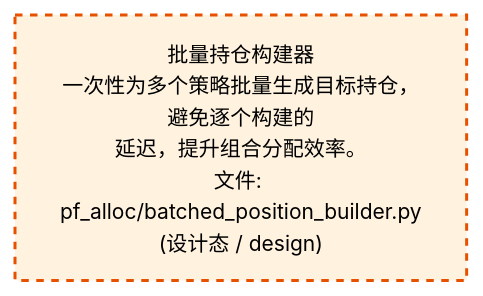
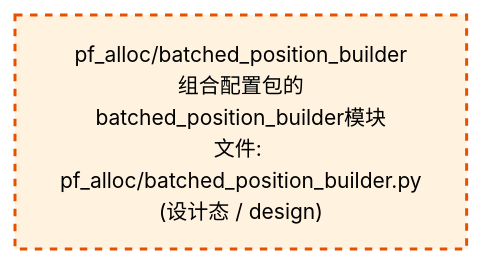
One commit to xuanFelixVan/ZephyrAlpha changed the third of 4 diagrams in docs/02_enterprise_architecture/02_domain_architecture_docs/62_d_pf_alloc.md. Above: the diagram before and after it, drawn with Mermaid. The commit also changed other lines of this file and 58 other files, not shown here.

````diff
--- a/docs/02_enterprise_architecture/02_domain_architecture_docs/62_d_pf_alloc.md
+++ b/docs/02_enterprise_architecture/02_domain_architecture_docs/62_d_pf_alloc.md
@@ -115,10 +115,10 @@
 ```mermaid
 %%{init: {'theme': 'base', 'themeVariables': {'primaryColor': '#eaeaea', 'primaryTextColor': '#333333', 'primaryBorderColor': '#666666', 'lineColor': '#666666', 'secondaryColor': '#eaeaea', 'tertiaryColor': '#eaeaea', 'fontSize': '14px'}}}%%
 flowchart TD
-    src_zephyr_pf_alloc_batched_position_builder_py["批量持仓构建器<br/>一次性为多个策略批量生成目标持仓，避免逐个构建的<br/>延迟，提升组合分配效率。<br/>文件: pf_alloc/batched_position_builder.py<br/>(设计态 / design)"]
+    src_zephyr_pf_alloc_batched_position_builder_py["pf_alloc/batched_position_builder<br/>组合配置包的batched_position_builder模块<br/>文件: pf_alloc/batched_position_builder.py<br/>(设计态 / design)"]
     classDef production fill:#e1f5fe,stroke:#01579b,stroke-width:2px,color:#000
     classDef design fill:#fff3e0,stroke:#e65100,stroke-width:2px,color:#000,stroke-dasharray: 5 5
     classDef external_prod fill:#e8f4fd,stroke:#0277bd,stroke-width:1px,color:#000
     classDef external_design fill:#fff8e7,stroke:#ef6c00,stroke-width:1px,color:#000,stroke-dasharray: 5 5
     class src_zephyr_pf_alloc_batched_position_builder_py design
 ```
````
